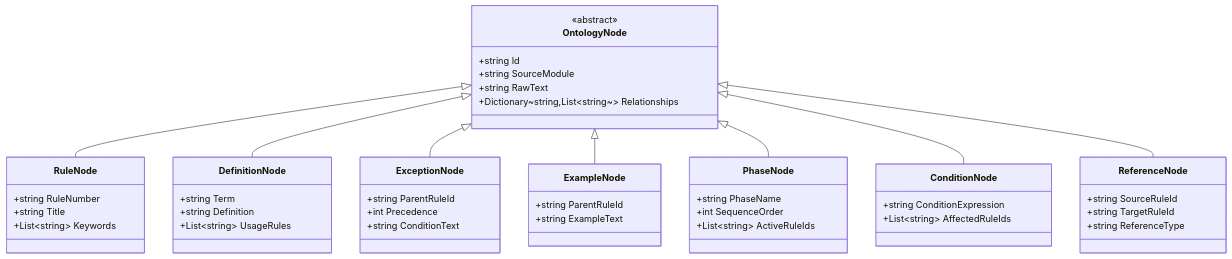
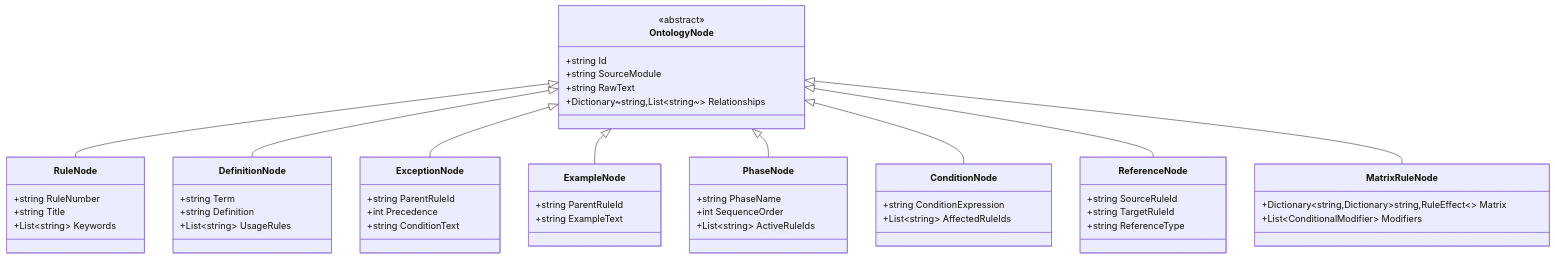
The second of 5 diagrams in src/docs/Implementation/Phase 3/Phase 3- Ontology Extraction Engine Design Plan.md (LimboDancer-Canary/LimboDancer.MCP), drawn with Mermaid before and after one commit. The commit also changed other lines of this file and 1 other file, not shown here.

````diff
--- a/src/docs/Implementation/Phase 3/Phase 3- Ontology Extraction Engine Design Plan.md
+++ b/src/docs/Implementation/Phase 3/Phase 3- Ontology Extraction Engine Design Plan.md
@@ -52,58 +76,64 @@
 ```mermaid
 classDiagram
     class OntologyNode {
         <<abstract>>
         +string Id
         +string SourceModule
         +string RawText
         +Dictionary~string,List~string~~ Relationships
     }
     
     class RuleNode {
         +string RuleNumber
         +string Title
         +List~string~ Keywords
     }
     
     class DefinitionNode {
         +string Term
         +string Definition
         +List~string~ UsageRules
     }
     
     class ExceptionNode {
         +string ParentRuleId
         +int Precedence
         +string ConditionText
     }
     
     class ExampleNode {
         +string ParentRuleId
         +string ExampleText
     }
     
     class PhaseNode {
         +string PhaseName
         +int SequenceOrder
         +List~string~ ActiveRuleIds
     }
     
     class ConditionNode {
         +string ConditionExpression
         +List~string~ AffectedRuleIds
     }
     
     class ReferenceNode {
         +string SourceRuleId
         +string TargetRuleId
         +string ReferenceType
     }
     
+    class MatrixRuleNode {
+        +Dictionary~string,Dictionary~string,RuleEffect~~ Matrix
+        +List~ConditionalModifier~ Modifiers
+    }
+    
     OntologyNode <|-- RuleNode
     OntologyNode <|-- DefinitionNode
     OntologyNode <|-- ExceptionNode
     OntologyNode <|-- ExampleNode
     OntologyNode <|-- PhaseNode
     OntologyNode <|-- ConditionNode
     OntologyNode <|-- ReferenceNode
+    OntologyNode <|-- MatrixRuleNode
 ```
````
